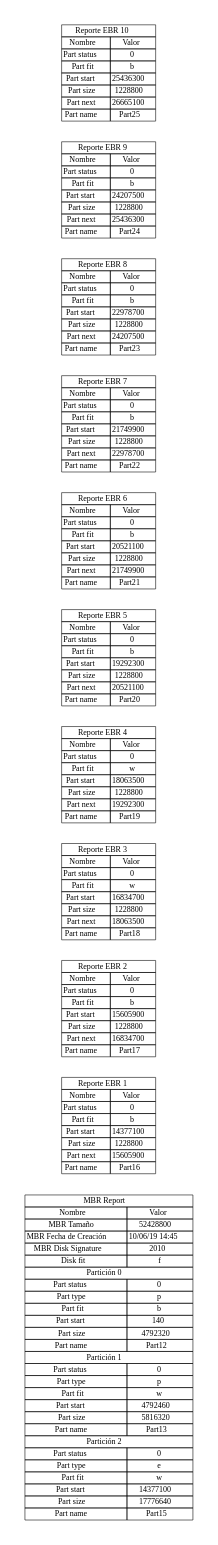
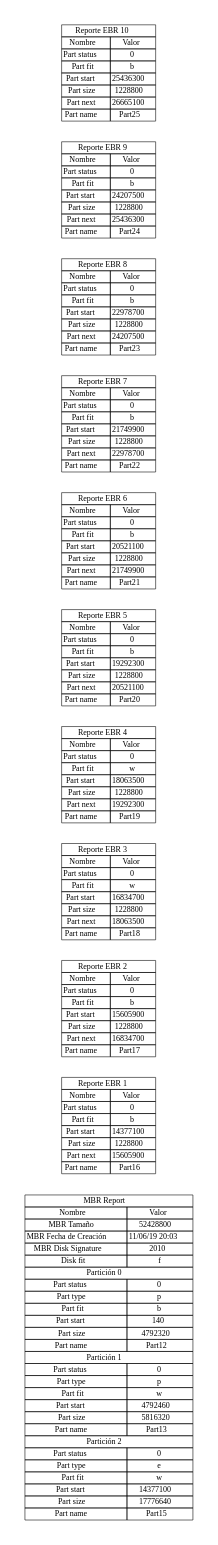
Before and after one commit to MacoChave/DiskParted: the diagram in mbr_report.dot, drawn with Graphviz. The commit also changed 3 other files, not shown here.

```diff
--- a/mbr_report.dot
+++ b/mbr_report.dot
@@ -17,7 +17,7 @@
 			</tr>
 			<tr>
 				<td>MBR Fecha de Creación</td>
-				<td>10/06/19 14:45</td>
+				<td>11/06/19 20:03</td>
 			</tr>
 			<tr>
 				<td>MBR Disk Signature</td>
```
